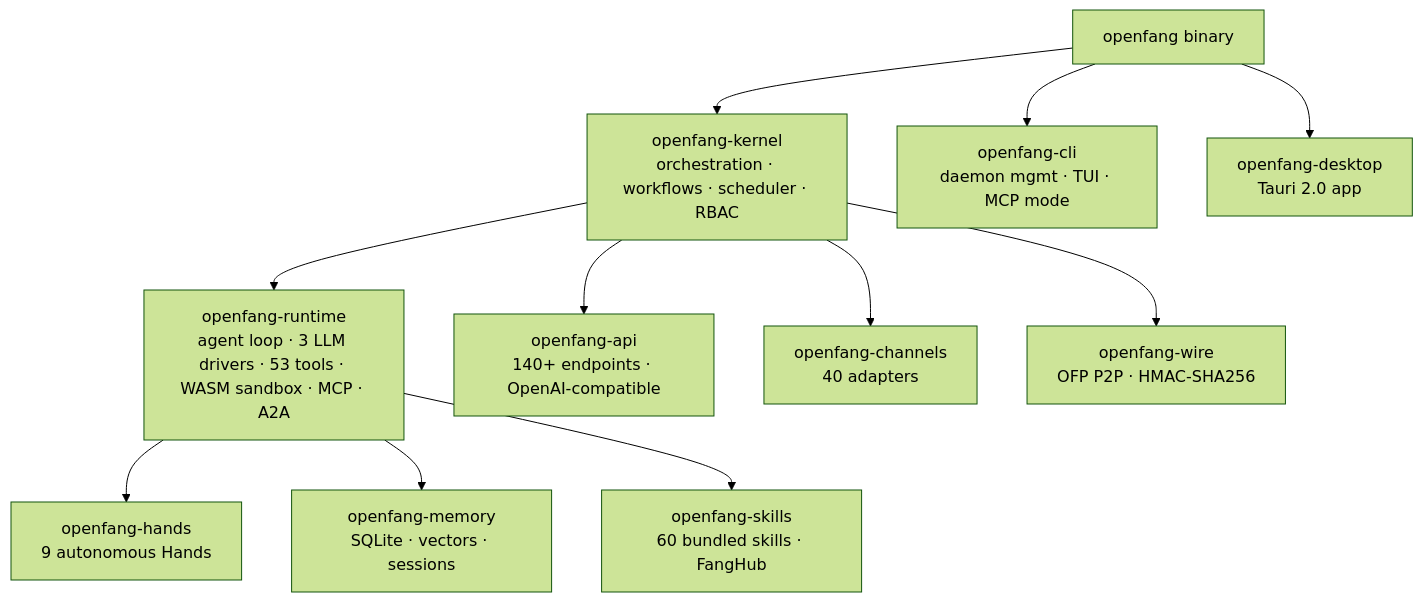
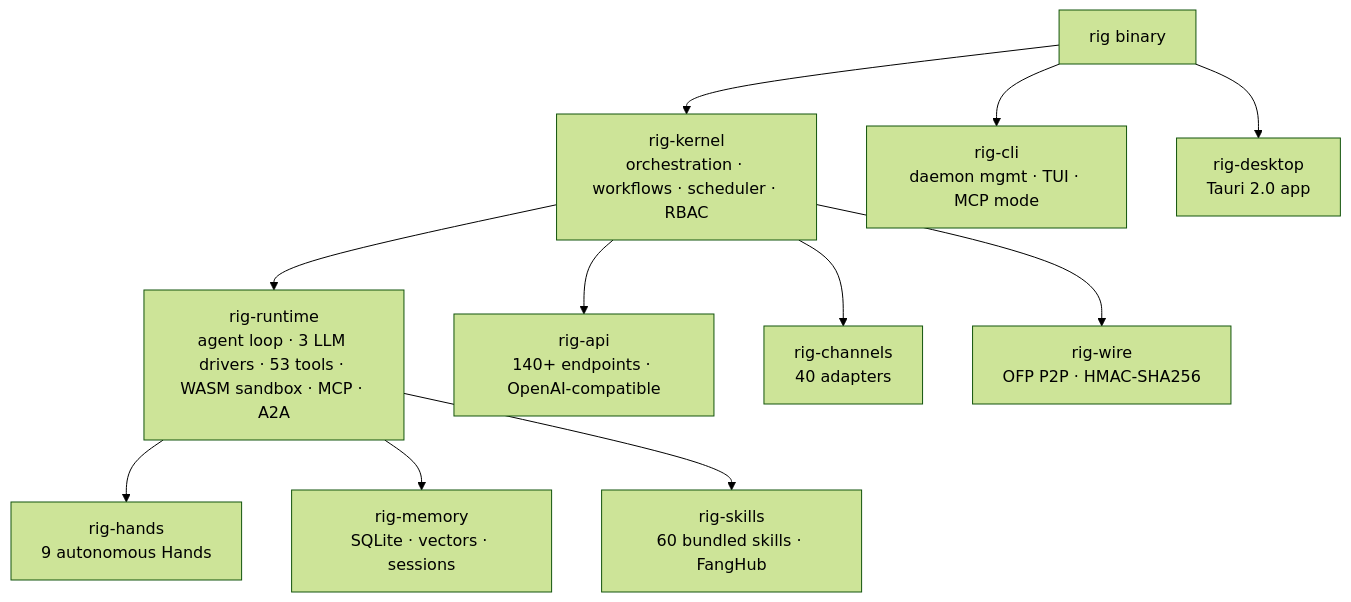
The diagram in README.md (toxicwind/rig), drawn with Mermaid (forest theme) before and after one commit. The commit also changed other lines of this file and 733 other files, not shown here.

Commit message:
rename: openfang -> rig (full rebrand per Chris)

````diff
--- a/README.md
+++ b/README.md
@@ -129,13 +129,13 @@
 ```mermaid
 flowchart TB
-    B[openfang binary] --> K[openfang-kernel<br/>orchestration · workflows · scheduler · RBAC]
-    K --> R[openfang-runtime<br/>agent loop · 3 LLM drivers · 53 tools · WASM sandbox · MCP · A2A]
-    R --> H[openfang-hands<br/>9 autonomous Hands]
-    R --> M[openfang-memory<br/>SQLite · vectors · sessions]
-    R --> S[openfang-skills<br/>60 bundled skills · FangHub]
-    K --> API[openfang-api<br/>140+ endpoints · OpenAI-compatible]
-    K --> CH[openfang-channels<br/>40 adapters]
-    K --> W[openfang-wire<br/>OFP P2P · HMAC-SHA256]
-    B --> CLI[openfang-cli<br/>daemon mgmt · TUI · MCP mode]
-    B --> D[openfang-desktop<br/>Tauri 2.0 app]
+    B[rig binary] --> K[rig-kernel<br/>orchestration · workflows · scheduler · RBAC]
+    K --> R[rig-runtime<br/>agent loop · 3 LLM drivers · 53 tools · WASM sandbox · MCP · A2A]
+    R --> H[rig-hands<br/>9 autonomous Hands]
+    R --> M[rig-memory<br/>SQLite · vectors · sessions]
+    R --> S[rig-skills<br/>60 bundled skills · FangHub]
+    K --> API[rig-api<br/>140+ endpoints · OpenAI-compatible]
+    K --> CH[rig-channels<br/>40 adapters]
+    K --> W[rig-wire<br/>OFP P2P · HMAC-SHA256]
+    B --> CLI[rig-cli<br/>daemon mgmt · TUI · MCP mode]
+    B --> D[rig-desktop<br/>Tauri 2.0 app]
 ```
````
